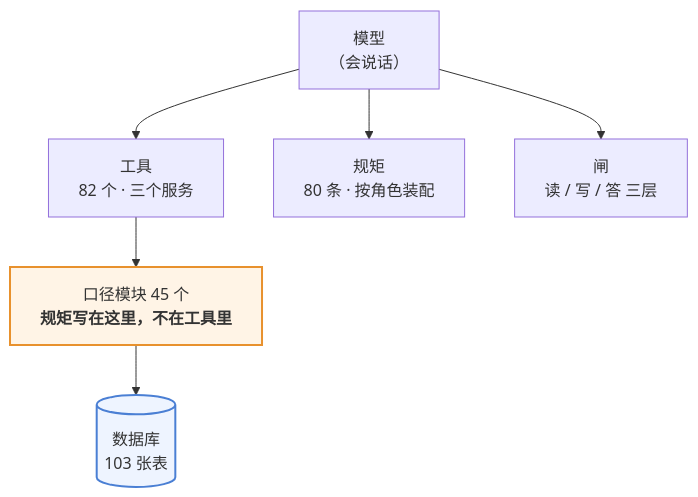
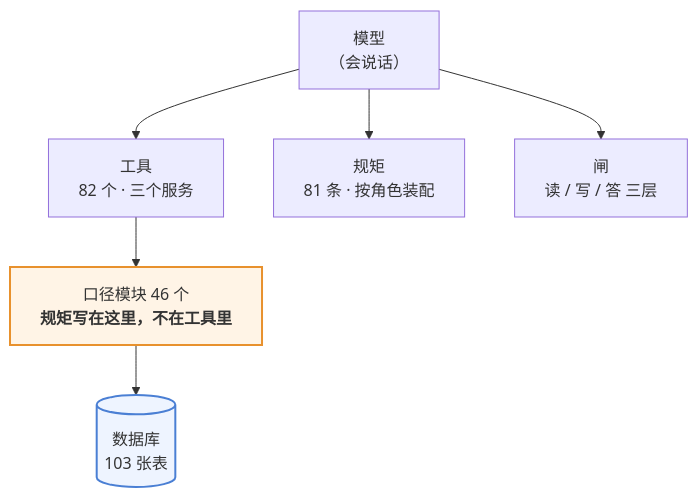
One commit to 843773296-rgb/lanxiu-yunshang-agent changed the first of 3 diagrams in 澜绣云裳agent-产品说明.md. Above: the diagram before and after it, drawn with Mermaid. The commit also changed other lines of this file and 23 other files, not shown here.

````diff
--- a/澜绣云裳agent-产品说明.md
+++ b/澜绣云裳agent-产品说明.md
@@ -62,12 +62,12 @@
 ```mermaid
 flowchart TD
     M["模型<br/>（会说话）"]
     M --> T["工具<br/>82 个 · 三个服务"]
-    M --> R["规矩<br/>80 条 · 按角色装配"]
+    M --> R["规矩<br/>81 条 · 按角色装配"]
     M --> G["闸<br/>读 / 写 / 答 三层"]
-    T --> K["口径模块 45 个<br/><b>规矩写在这里，不在工具里</b>"]
+    T --> K["口径模块 46 个<br/><b>规矩写在这里，不在工具里</b>"]
     K --> DB[("数据库<br/>103 张表")]
 
     style K fill:#fff4e6,stroke:#e8912d,stroke-width:2px
     style DB fill:#eef4ff,stroke:#4a7fd4,stroke-width:2px
 ```
````
